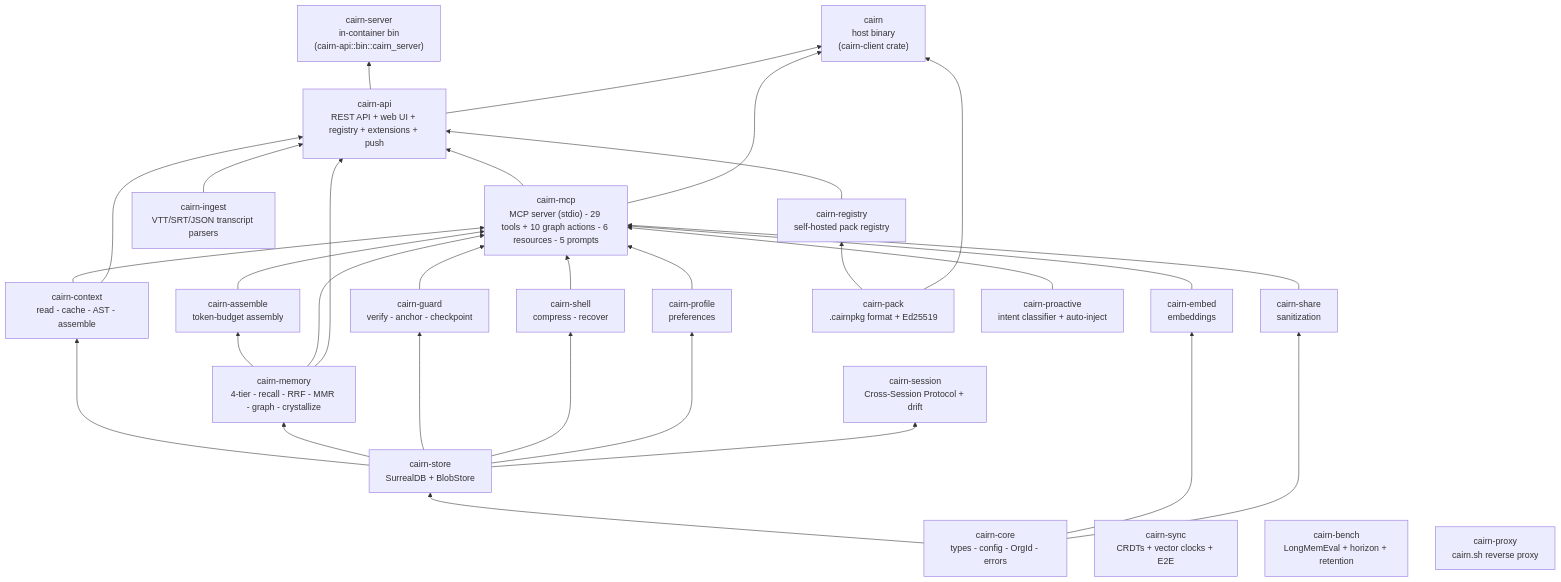
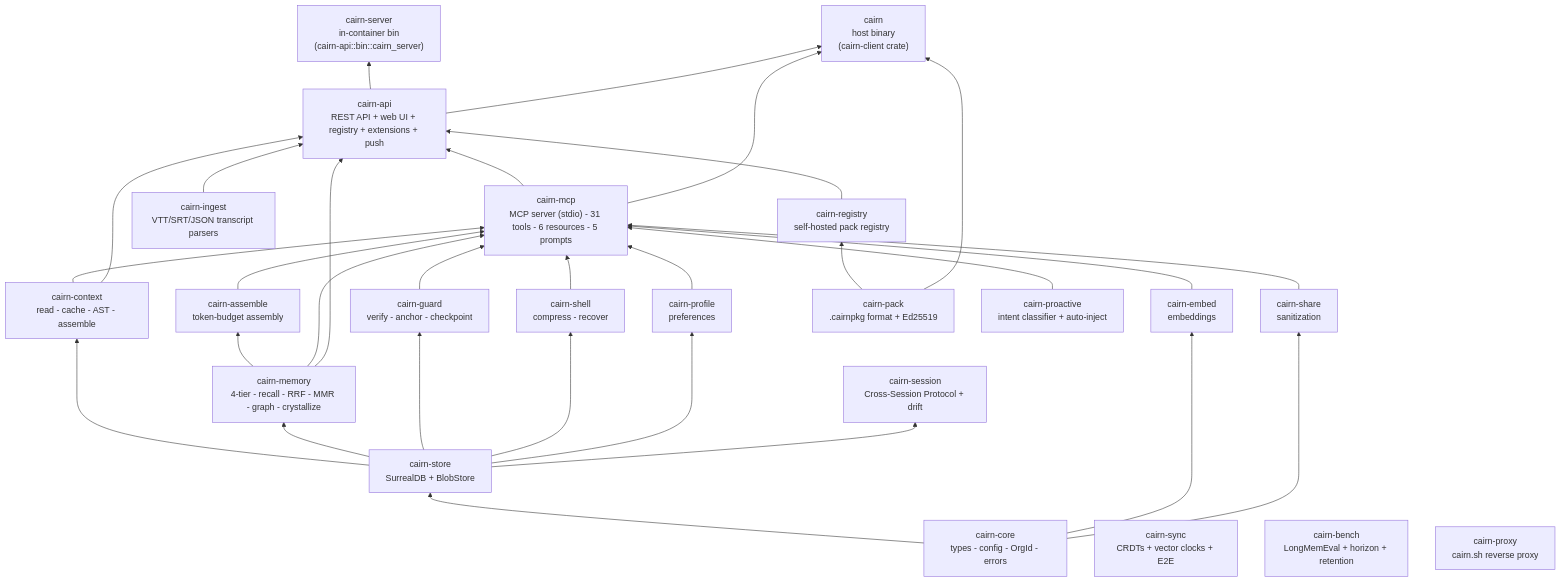
The second of 2 diagrams in docs/reference/architecture.md (Vellixia/Cairn), drawn with Mermaid before and after one commit. The commit also changed other lines of this file and 55 other files, not shown here.

````diff
--- a/docs/reference/architecture.md
+++ b/docs/reference/architecture.md
@@ -50,55 +50,55 @@
 ```mermaid
 graph BT
     core["cairn-core<br/>types - config - OrgId - errors"]
     store["cairn-store<br/>SurrealDB + BlobStore"]
     context["cairn-context<br/>read - cache - AST - assemble"]
     memory["cairn-memory<br/>4-tier - recall - RRF - MMR - graph - crystallize"]
     guard["cairn-guard<br/>verify - anchor - checkpoint"]
     shell["cairn-shell<br/>compress - recover"]
     profile["cairn-profile<br/>preferences"]
     assemble["cairn-assemble<br/>token-budget assembly"]
     share["cairn-share<br/>sanitization"]
     embed["cairn-embed<br/>embeddings"]
     session["cairn-session<br/>Cross-Session Protocol + drift"]
     pack["cairn-pack<br/>.cairnpkg format + Ed25519"]
     registry["cairn-registry<br/>self-hosted pack registry"]
     sync["cairn-sync<br/>CRDTs + vector clocks + E2E"]
     bench["cairn-bench<br/>LongMemEval + horizon + retention"]
     proactive["cairn-proactive<br/>intent classifier + auto-inject"]
     proxy["cairn-proxy<br/>cairn.sh reverse proxy"]
     ingest["cairn-ingest<br/>VTT/SRT/JSON transcript parsers"]
-    mcp["cairn-mcp<br/>MCP server (stdio) - 29 tools + 10 graph actions - 6 resources - 5 prompts"]
+    mcp["cairn-mcp<br/>MCP server (stdio) - 31 tools - 6 resources - 5 prompts"]
     api["cairn-api<br/>REST API + web UI + registry + extensions + push"]
     server["cairn-server<br/>in-container bin<br/>(cairn-api::bin::cairn_server)"]
     cli["cairn<br/>host binary<br/>(cairn-client crate)"] 
 
     core --> store
     core --> embed
     core --> share
     store --> context
     store --> memory
     store --> guard
     store --> shell
     store --> profile
     store --> session
     memory --> assemble
     context --> mcp
     memory --> mcp
     guard --> mcp
     shell --> mcp
     profile --> mcp
     share --> mcp
     embed --> mcp
     assemble --> mcp
     proactive --> mcp
     context --> api
     memory --> api
     mcp --> api
     pack --> registry
     registry --> api
     ingest --> api
     pack --> cli
     api --> server
     mcp --> cli
     api --> cli
 ```
````
